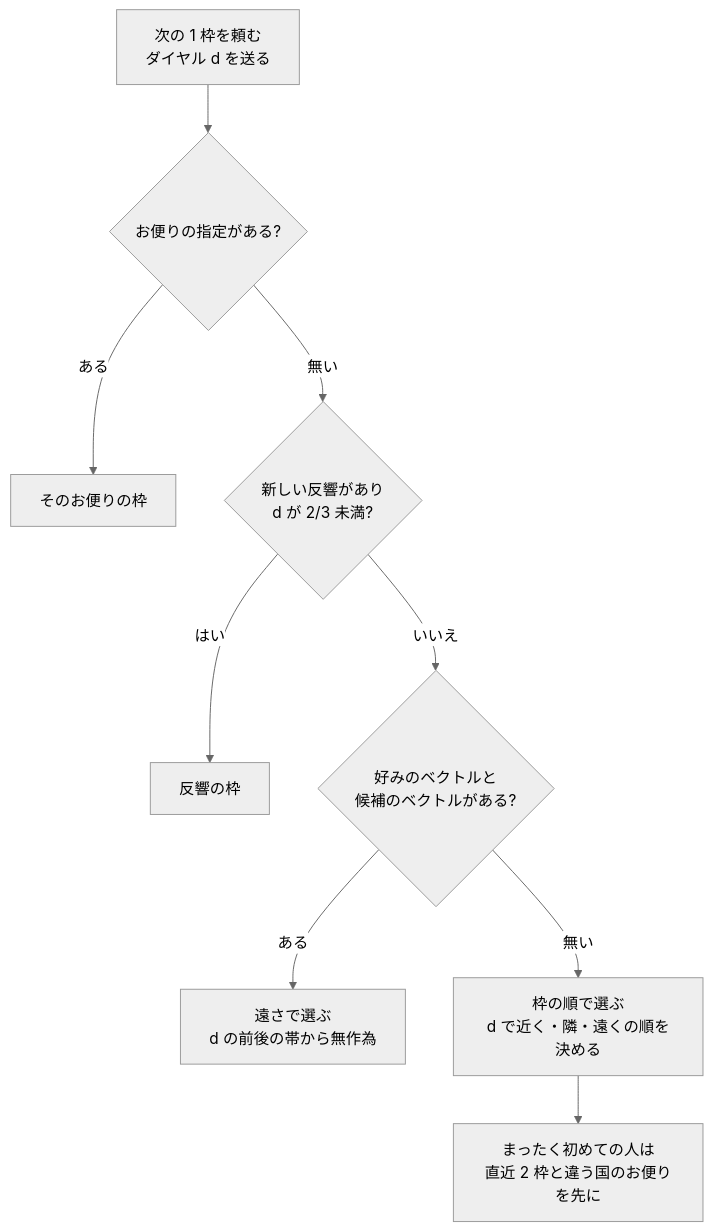
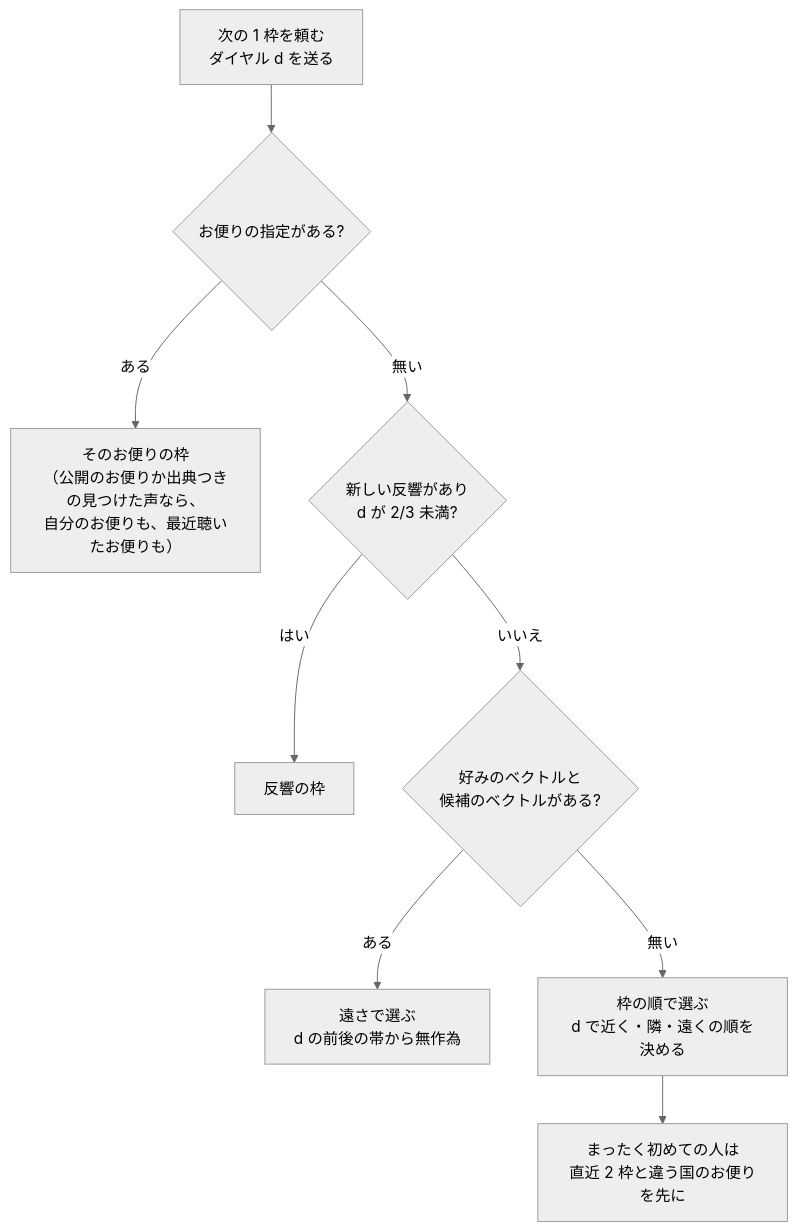
One commit to hiromitsusasaki/dococa-fm changed the fifth of 5 diagrams in docs/how-it-works.md. Above: the diagram before and after it, drawn with Mermaid (neutral theme). The commit also changed 7 other files, not shown here.

````diff
--- a/docs/how-it-works.md
+++ b/docs/how-it-works.md
@@ -172,11 +172,11 @@
 ```mermaid
 flowchart TD
     S["次の 1 枠を頼む<br/>ダイヤル d を送る"] --> Q{"お便りの指定がある?"}
-    Q -->|ある| Z["そのお便りの枠"]
+    Q -->|ある| Z["そのお便りの枠<br/>（公開のお便りか出典つきの見つけた声なら、<br/>自分のお便りも、最近聴いたお便りも）"]
     Q -->|無い| E{"新しい反響があり<br/>d が 2/3 未満?"}
     E -->|はい| EC["反響の枠"]
     E -->|いいえ| T{"好みのベクトルと<br/>候補のベクトルがある?"}
     T -->|ある| D["遠さで選ぶ<br/>d の前後の帯から無作為"]
     T -->|無い| PO["枠の順で選ぶ<br/>d で近く・隣・遠くの順を決める"]
     PO --> CS["まったく初めての人は<br/>直近 2 枠と違う国のお便りを先に"]
 ```
````
